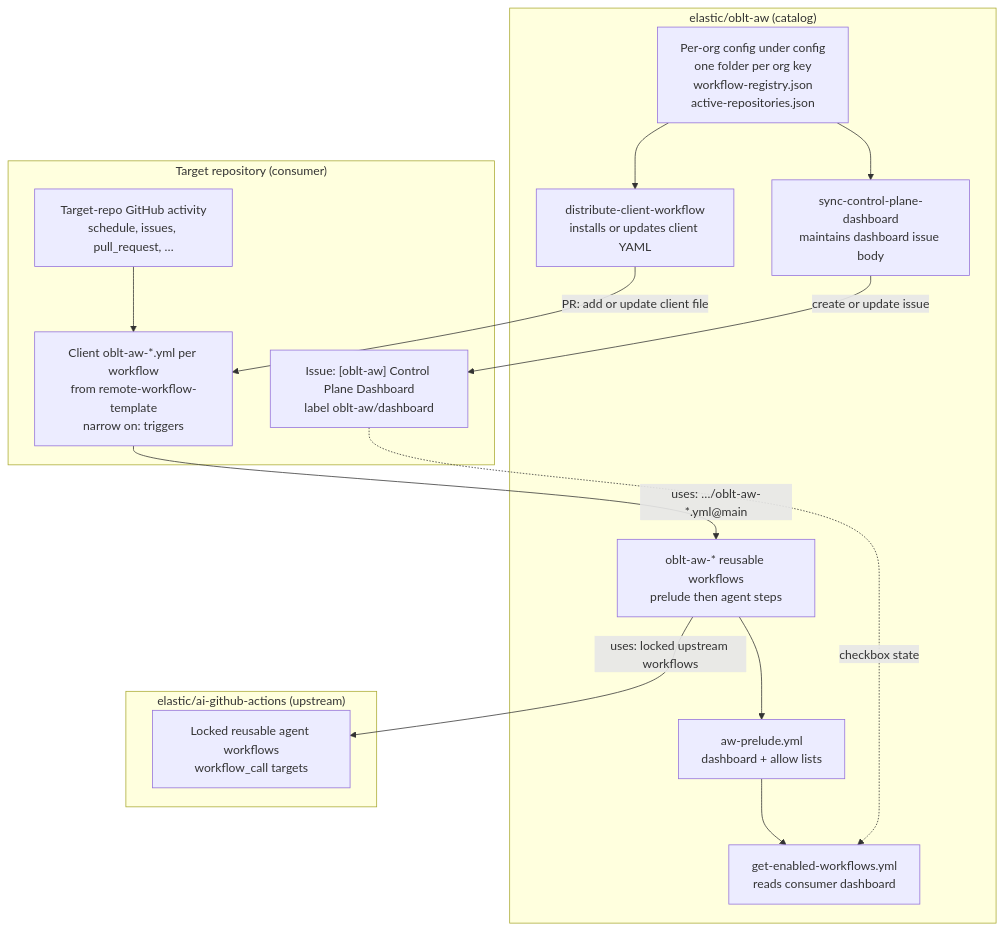
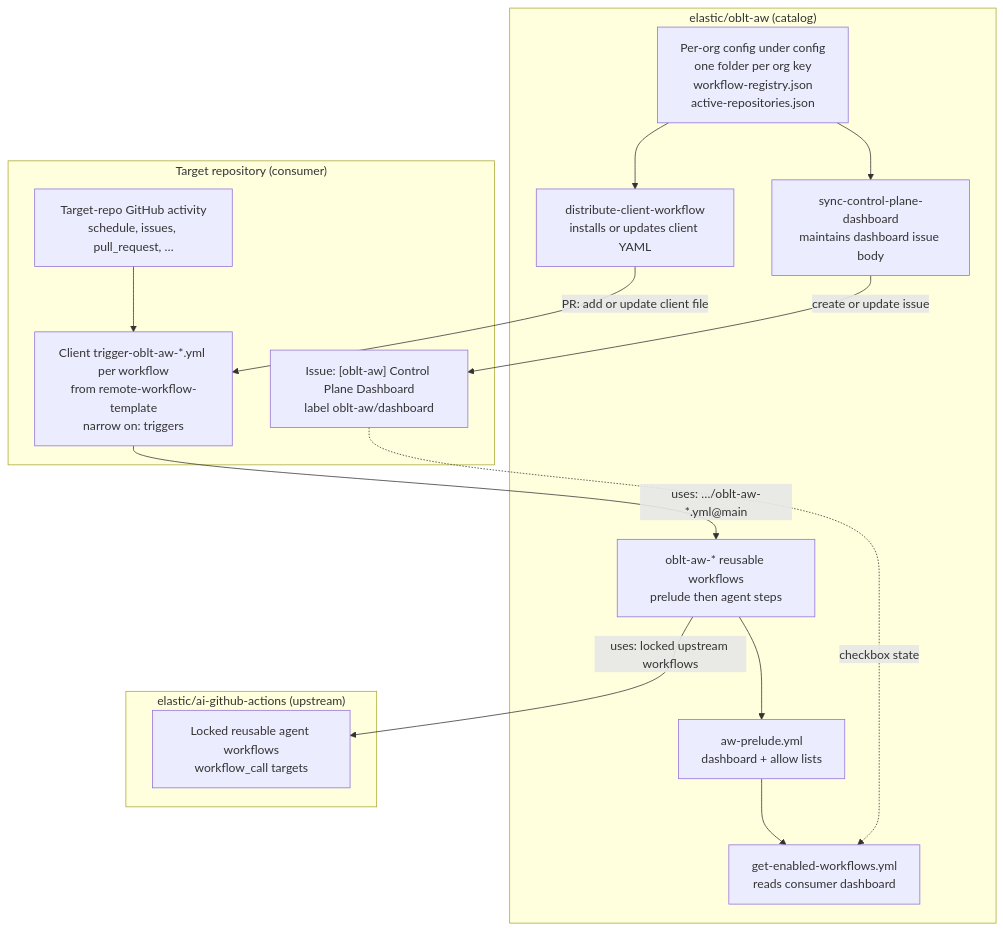
Before and after one commit to elastic/oblt-aw: the first of 4 diagrams in docs/architecture/overview.md, drawn with Mermaid. The commit also changed other lines of this file and 50 other files, not shown here.

````diff
--- a/docs/architecture/overview.md
+++ b/docs/architecture/overview.md
@@ -49,32 +49,32 @@
 ```mermaid
 flowchart TB
   subgraph OBLT["elastic/oblt-aw (catalog)"]
     CFG["Per-org config under config\none folder per org key\nworkflow-registry.json\nactive-repositories.json"]
     DIST["distribute-client-workflow\ninstalls or updates client YAML"]
     SYNC["sync-control-plane-dashboard\nmaintains dashboard issue body"]
     PRE["aw-prelude.yml\ndashboard + allow lists"]
     GET["get-enabled-workflows.yml\nreads consumer dashboard"]
     GHA["oblt-aw-* reusable workflows\nprelude then agent steps"]
     CFG --> DIST
     CFG --> SYNC
     PRE --> GET
     GHA --> PRE
   end
 
   subgraph UP["elastic/ai-github-actions (upstream)"]
     LOCK["Locked reusable agent workflows\nworkflow_call targets"]
   end
 
   subgraph CON["Target repository (consumer)"]
     EVT["Target-repo GitHub activity\nschedule, issues, pull_request, …"]
-    CLIENT["Client oblt-aw-*.yml per workflow\nfrom remote-workflow-template\nnarrow on: triggers"]
+    CLIENT["Client trigger-oblt-aw-*.yml per workflow\nfrom remote-workflow-template\nnarrow on: triggers"]
     DASH["Issue: [oblt-aw] Control Plane Dashboard\nlabel oblt-aw/dashboard"]
     EVT --> CLIENT
     DASH -.->|checkbox state| GET
   end
 
   DIST -->|PR: add or update client file| CLIENT
   SYNC -->|create or update issue| DASH
   CLIENT -->|uses: …/oblt-aw-*.yml@main| GHA
   GHA -->|uses: locked upstream workflows| LOCK
 ```
````
